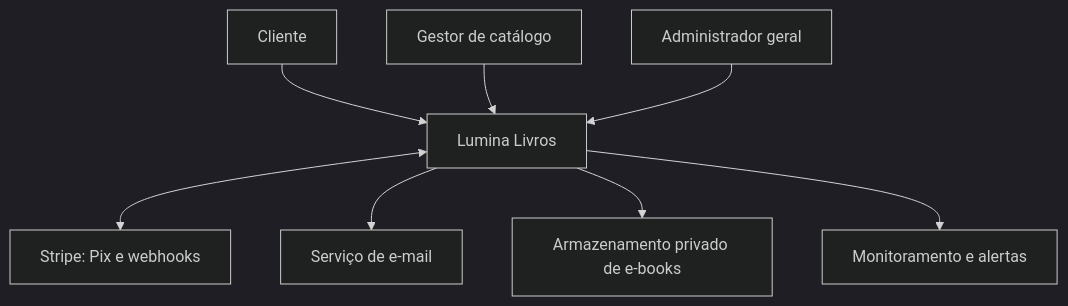
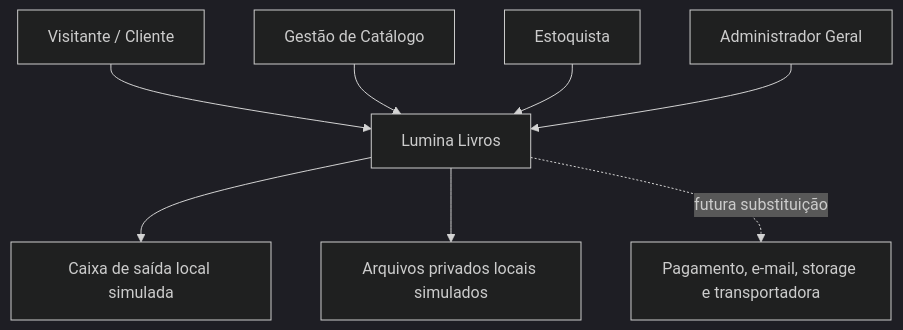
Before and after one commit to FelipePaterni/Lumina: the diagram in docs/diagrams/context.md, drawn with Mermaid (dark theme). The commit also changed other lines of this file and 18 other files, not shown here.

````diff
--- a/docs/diagrams/context.md
+++ b/docs/diagrams/context.md
@@ -3,10 +3,10 @@
 ```mermaid
 flowchart TB
-  Reader[Cliente] --> Lumina[Lumina Livros]
-  Manager[Gestor de catálogo] --> Lumina
-  Admin[Administrador geral] --> Lumina
-  Lumina <--> Stripe[Stripe: Pix e webhooks]
-  Lumina --> Mail[Serviço de e-mail]
-  Lumina --> Storage[Armazenamento privado de e-books]
-  Lumina --> Monitor[Monitoramento e alertas]
+  Visitor[Visitante / Cliente] --> Lumina[Lumina Livros]
+  Catalog[Gestão de Catálogo] --> Lumina
+  Warehouse[Estoquista] --> Lumina
+  Admin[Administrador Geral] --> Lumina
+  Lumina --> LocalMail[Caixa de saída local simulada]
+  Lumina --> LocalFiles[Arquivos privados locais simulados]
+  Lumina -. futura substituição .-> External[Pagamento, e-mail, storage e transportadora]
 ```
````
